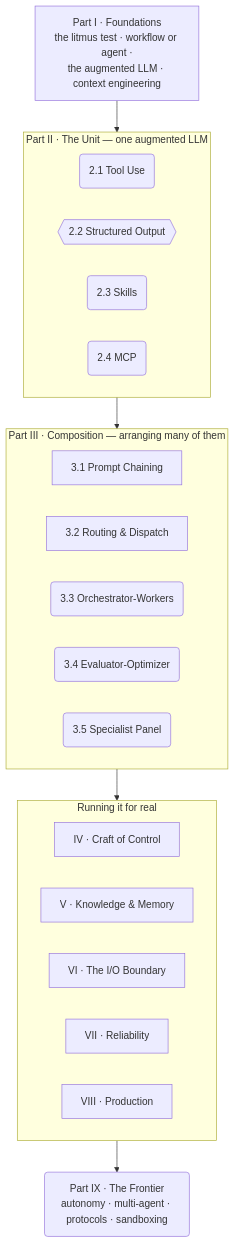
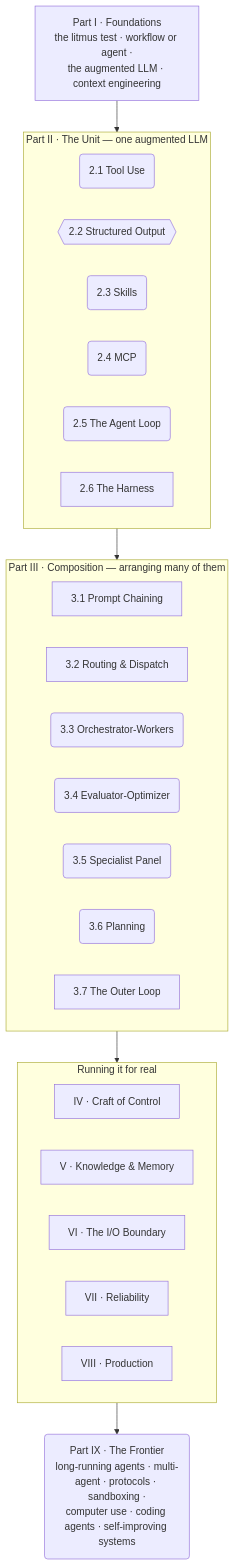
One commit to AbhiramDwivedi/agentic-engineering changed the diagram in docs/index.md. Above: the diagram before and after it, drawn with Mermaid. The commit also changed 31 other files, not shown here.

````diff
--- a/docs/index.md
+++ b/docs/index.md
@@ -51,37 +51,41 @@
 ```mermaid
 flowchart TB
     F["Part I · Foundations<br>the litmus test · workflow or agent ·<br>the augmented LLM · context engineering"]
 
     subgraph UNIT["Part II · The Unit — one augmented LLM"]
         direction LR
         TU("2.1 Tool Use")
         SO{{"2.2 Structured Output"}}
         SK("2.3 Skills")
         MCP("2.4 MCP")
+        AL("2.5 The Agent Loop")
+        HN["2.6 The Harness"]
     end
 
     subgraph COMP["Part III · Composition — arranging many of them"]
         direction LR
         PC["3.1 Prompt Chaining"]
         RT["3.2 Routing & Dispatch"]
         FO("3.3 Orchestrator-Workers")
         EO("3.4 Evaluator-Optimizer")
         SP("3.5 Specialist Panel")
+        PL("3.6 Planning")
+        OL["3.7 The Outer Loop"]
     end
 
     subgraph OPS["Running it for real"]
         direction LR
         C["IV · Craft of Control"]
         K["V · Knowledge & Memory"]
         IO["VI · The I/O Boundary"]
         R["VII · Reliability"]
         P["VIII · Production"]
     end
 
-    FR("Part IX · The Frontier<br>autonomy · multi-agent · protocols · sandboxing")
+    FR("Part IX · The Frontier<br>long-running agents · multi-agent · protocols · sandboxing ·<br>computer use · coding agents · self-improving systems")
 
     F --> UNIT
     UNIT --> COMP
     COMP --> OPS
     OPS --> FR
 ```
````
